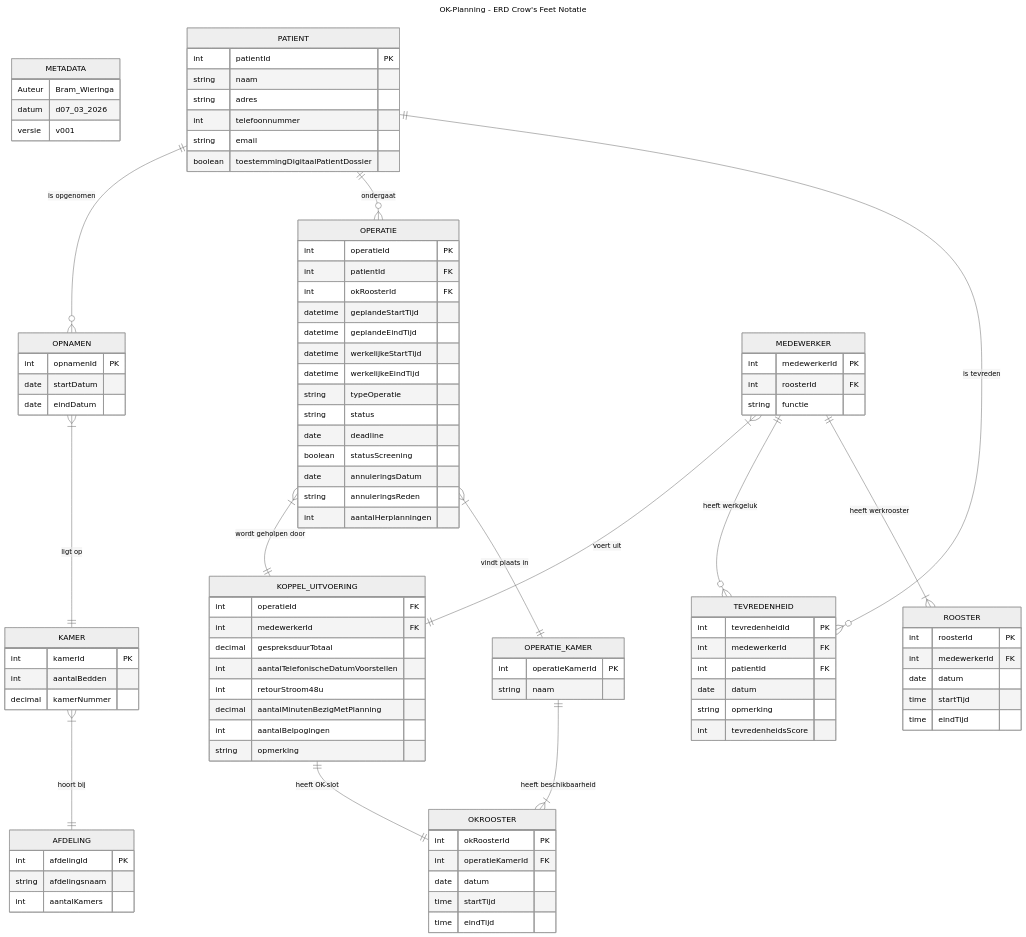
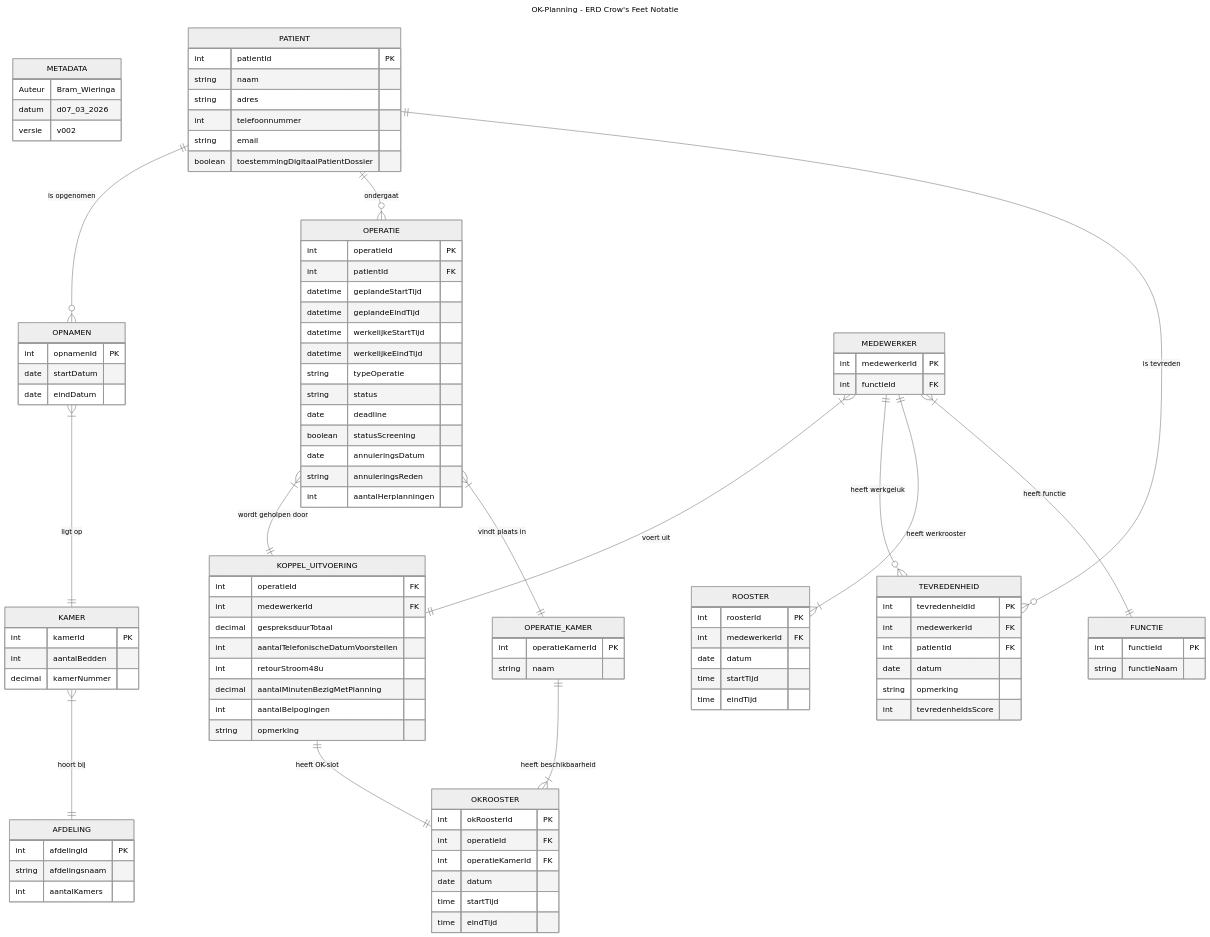
One commit to Boomstreek/StudieFontys changed the diagram in Sem02/Challenge01/Analyse/ERD - Crow's Feet - OK-Planning.md. Above: the diagram before and after it, drawn with Mermaid (neutral theme). The commit also changed 4 other files, not shown here.

```diff
--- a/Sem02/Challenge01/Analyse/ERD - Crow's Feet - OK-Planning.md
+++ b/Sem02/Challenge01/Analyse/ERD - Crow's Feet - OK-Planning.md
@@ -6,7 +6,7 @@
     METADATA {
     Auteur Bram_Wieringa
     datum d07_03_2026
-    versie v001
+    versie v002
     }
     
     PATIENT ||--o{ OPNAMEN : "is opgenomen"
@@ -22,6 +22,7 @@
     MEDEWERKER ||--o{ TEVREDENHEID : "heeft werkgeluk"
     
     MEDEWERKER ||--|{ ROOSTER : "heeft werkrooster"
+    MEDEWERKER }|--|| FUNCTIE : "heeft functie"
     
     OPERATIE }|--|| OPERATIE_KAMER : "vindt plaats in"
     OPERATIE_KAMER ||--|{ OKROOSTER : "heeft beschikbaarheid"
@@ -55,8 +56,12 @@
     
     MEDEWERKER {
     int medewerkerId PK
-    int roosterId FK
-    string functie
+    int functieId FK
+    }
+    
+    FUNCTIE {
+    int functieId PK
+    string functieNaam
     }
     
     ROOSTER {
@@ -79,7 +84,6 @@
     OPERATIE {
     int operatieId PK
     int patientId FK
-    int okRoosterId FK
     datetime geplandeStartTijd
     datetime geplandeEindTijd
     datetime werkelijkeStartTijd
@@ -95,6 +99,7 @@
     
     OKROOSTER {
     int okRoosterId PK
+    int operatieId FK
     int operatieKamerId FK
     date datum
     time startTijd
```
